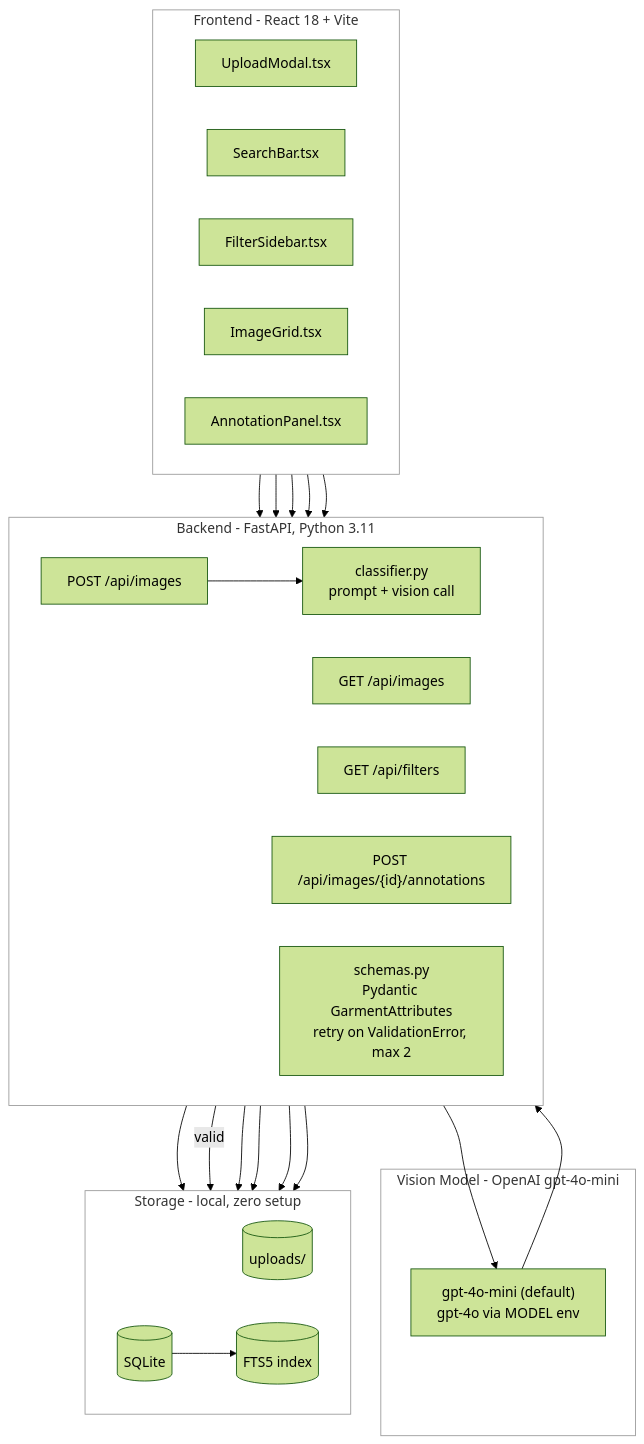
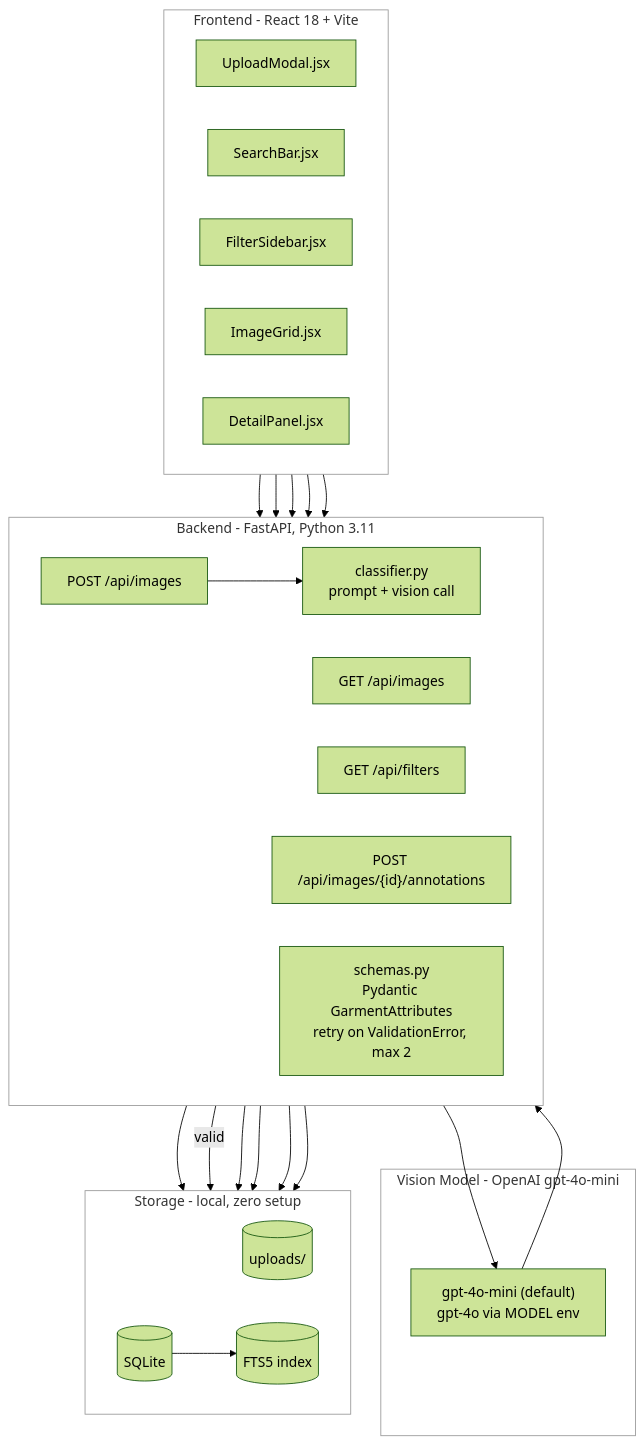
One commit to lohith2/Trendlens changed the first of 2 diagrams in Design.md. Above: the diagram before and after it, drawn with Mermaid (forest theme). The commit also changed other lines of this file and 1 other file, not shown here.

````diff
--- a/Design.md
+++ b/Design.md
@@ -11,55 +11,55 @@
 ```mermaid
 flowchart TB
     subgraph FE["Frontend - React 18 + Vite"]
         direction LR
-        UploadModal["UploadModal.tsx"]
-        SearchBar["SearchBar.tsx"]
-        FilterSidebar["FilterSidebar.tsx"]
-        ImageGrid["ImageGrid.tsx"]
-        AnnotationPanel["AnnotationPanel.tsx"]
+        UploadModal["UploadModal.jsx"]
+        SearchBar["SearchBar.jsx"]
+        FilterSidebar["FilterSidebar.jsx"]
+        ImageGrid["ImageGrid.jsx"]
+        DetailPanel["DetailPanel.jsx"]
     end
 
     subgraph BE["Backend - FastAPI, Python 3.11"]
         direction LR
         UploadRoute["POST /api/images"]
         ListRoute["GET /api/images"]
         FacetsRoute["GET /api/filters"]
         AnnotRoute["POST /api/images/{id}/annotations"]
         Classifier["classifier.py<br/>prompt + vision call"]
         Parser["schemas.py<br/>Pydantic GarmentAttributes<br/>retry on ValidationError, max 2"]
     end
 
     subgraph LLM["Vision Model - OpenAI gpt-4o-mini"]
         Mini["gpt-4o-mini (default)<br/>gpt-4o via MODEL env"]
     end
 
     subgraph DATA["Storage - local, zero setup"]
         direction LR
         Files[("uploads/")]
         SQLite[("SQLite")]
         FTS[("FTS5 index")]
     end
 
     UploadModal --> UploadRoute
     SearchBar --> ListRoute
     FilterSidebar --> FacetsRoute
     ImageGrid --> ListRoute
-    AnnotationPanel --> AnnotRoute
+    DetailPanel --> AnnotRoute
 
     UploadRoute --> Files
     UploadRoute --> Classifier
     Classifier --> Mini
     Mini --> Parser
     Parser -->|"valid"| SQLite
 
     ListRoute --> SQLite
     ListRoute --> FTS
     FacetsRoute --> SQLite
     AnnotRoute --> SQLite
     SQLite --> FTS
 
     style FE fill:none,stroke:#999999
     style BE fill:none,stroke:#999999
     style LLM fill:none,stroke:#999999
     style DATA fill:none,stroke:#999999
 ```
````
